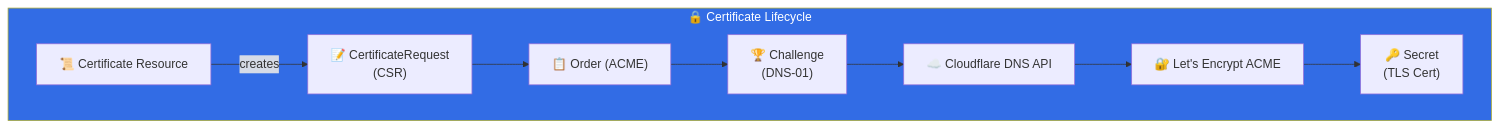
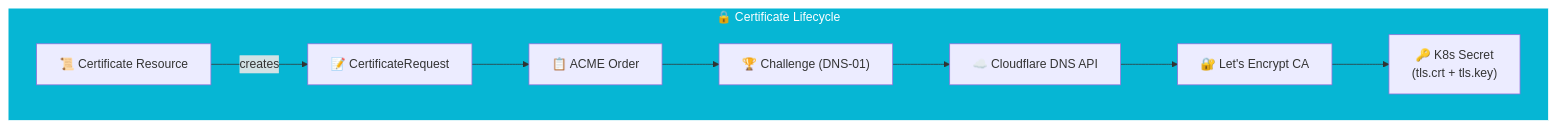
One commit to viktorrobin/bluerobin-blog changed the diagram in src/content/blog/cert-manager-tls-kubernetes.mdx. Above: the diagram before and after it, drawn with Mermaid. The commit also changed other lines of this file and 127 other files, not shown here.

````diff
--- a/src/content/blog/cert-manager-tls-kubernetes.mdx
+++ b/src/content/blog/cert-manager-tls-kubernetes.mdx
@@ -22,13 +34,18 @@
 ```mermaid
 flowchart TB
     subgraph Lifecycle["🔒 Certificate Lifecycle"]
-        Cert["📜 Certificate Resource"] --> |creates| CSR["📝 CertificateRequest\n(CSR)"]
-        CSR --> Order["📋 Order (ACME)"]
-        Order --> Challenge["🏆 Challenge\n(DNS-01)"]
+        Cert["📜 Certificate Resource"] --> |creates| CSR["📝 CertificateRequest"]
+        CSR --> Order["📋 ACME Order"]
+        Order --> Challenge["🏆 Challenge (DNS-01)"]
         Challenge --> CF["☁️ Cloudflare DNS API"]
-        CF --> LE["🔐 Let's Encrypt ACME"]
-        LE --> Secret["🔑 Secret\n(TLS Cert)"]
+        CF --> LE["🔐 Let's Encrypt CA"]
+        LE --> Secret["🔑 K8s Secret\n(tls.crt + tls.key)"]
     end
 
-    style Lifecycle fill:#326ce5,color:#fff
+    classDef primary fill:#7c3aed,stroke:#fff,color:#fff
+    classDef secondary fill:#06b6d4,stroke:#fff,color:#fff
+    classDef db fill:#f43f5e,stroke:#fff,color:#fff
+    classDef warning fill:#fbbf24,stroke:#fff,color:#fff
+
+    class Lifecycle secondary
 ```
````
